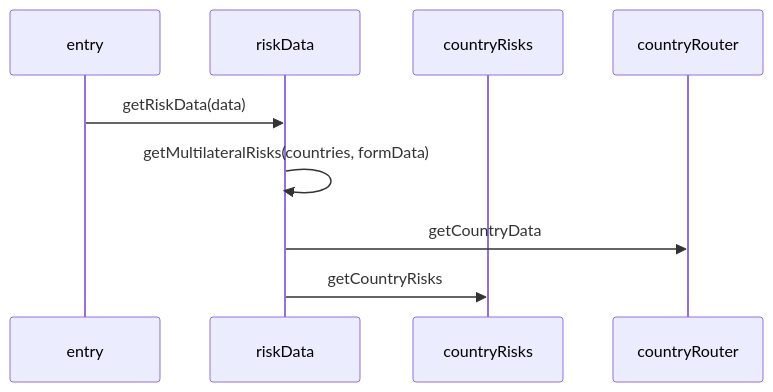
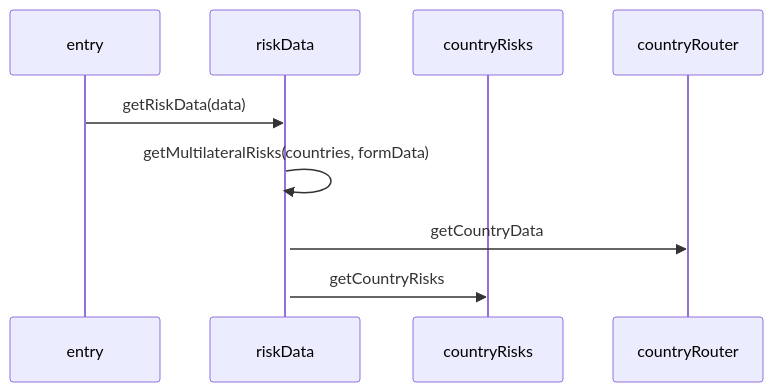
The first of 2 diagrams in README.md (mluukkai/poc), drawn with Mermaid before and after one commit.

Commit message:
Fix syntax in README.md for riskData interaction

````diff
--- a/README.md
+++ b/README.md
@@ -1,13 +1,13 @@
 ```mermaid
 sequenceDiagram
     participant entry
     participant riskData
     participant countryRisks
     participant countryRouter
 
     entry->>riskData: getRiskData(data)
-    riskData ->> riskData: getMultilateralRisks(countries, formData)
+    riskData ->>+ riskData: getMultilateralRisks(countries, formData)
     riskData ->> countryRouter: getCountryData
     riskData ->> countryRisks: getCountryRisks
 
 ```
````
